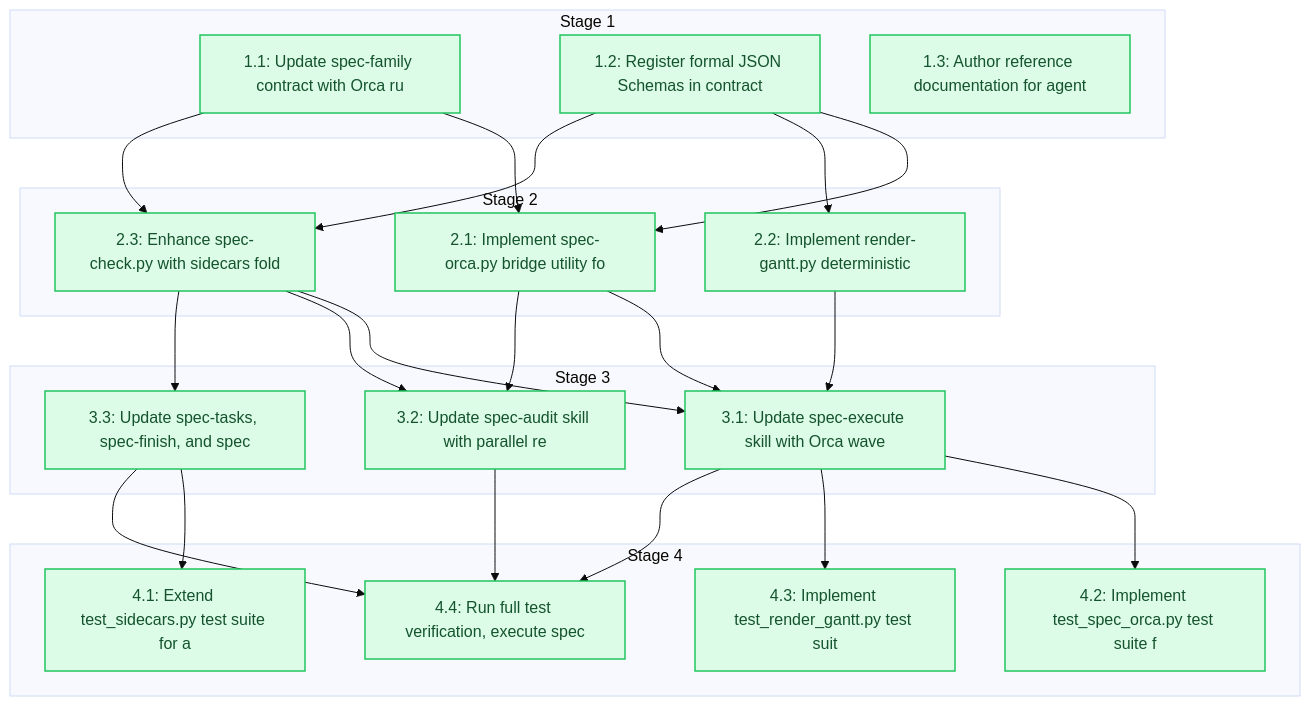
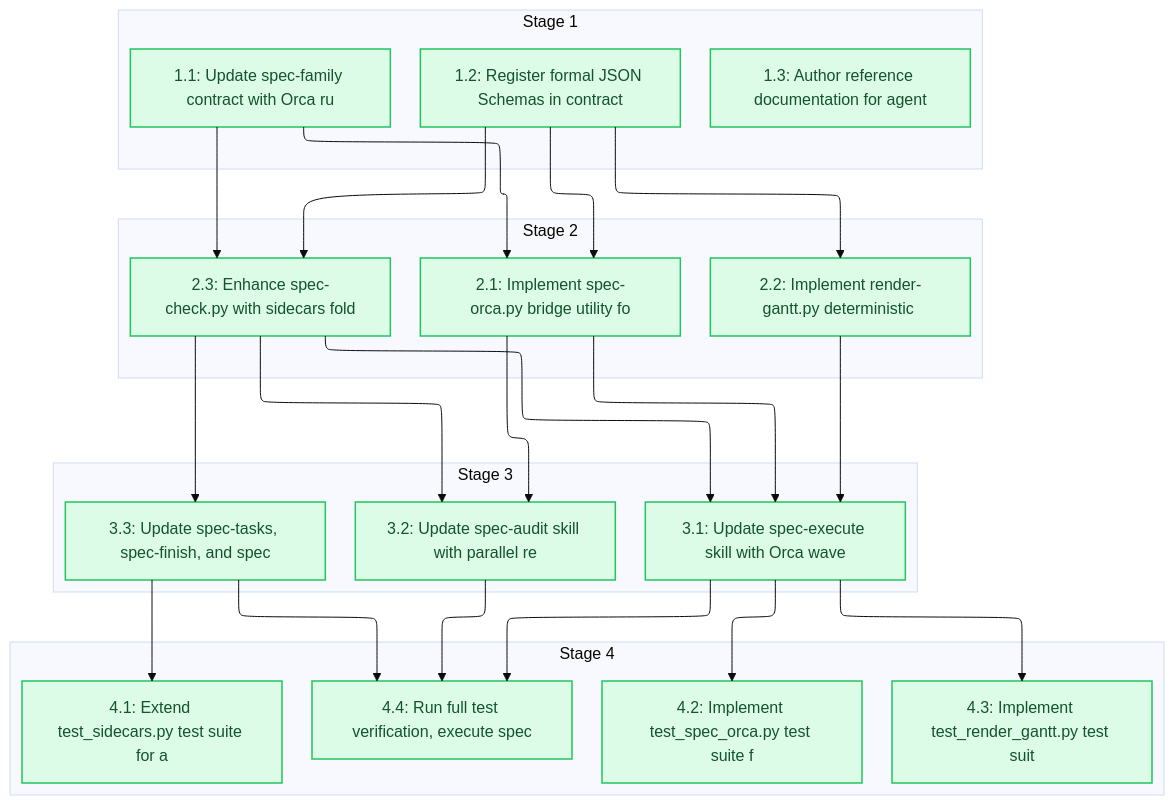
Before and after one commit to sohampatwardhan/spec-driven-development-skills: the diagram in .specs/orca-agent-orchestration/04_tasks.md, drawn with Mermaid (base theme). The commit also changed other lines of this file and 4 other files, not shown here.

Commit message:
feat(spec-driven): use ELK renderer for generated Mermaid flowcharts

````diff
--- a/.specs/orca-agent-orchestration/04_tasks.md
+++ b/.specs/orca-agent-orchestration/04_tasks.md
@@ -9,48 +9,56 @@
 ```mermaid
+%%{init: {'flowchart': {'defaultRenderer': 'elk'}}}%%
 flowchart TD
-    subgraph Stage_1["Stage 1"]
-        t_1_1["1.1: Update spec-family contract with Orca ru"]
-        t_1_2["1.2: Register formal JSON Schemas in contract"]
-        t_1_3["1.3: Author reference documentation for agent"]
-    end
-    subgraph Stage_2["Stage 2"]
-        t_2_1["2.1: Implement spec-orca.py bridge utility fo"]
-        t_2_2["2.2: Implement render-gantt.py deterministic "]
-        t_2_3["2.3: Enhance spec-check.py with sidecars fold"]
-    end
-    subgraph Stage_3["Stage 3"]
-        t_3_1["3.1: Update spec-execute skill with Orca wave"]
-        t_3_2["3.2: Update spec-audit skill with parallel re"]
-        t_3_3["3.3: Update spec-tasks, spec-finish, and spec"]
-    end
-    subgraph Stage_4["Stage 4"]
-        t_4_1["4.1: Extend test_sidecars.py test suite for a"]
-        t_4_2["4.2: Implement test_spec_orca.py test suite f"]
-        t_4_3["4.3: Implement test_render_gantt.py test suit"]
-        t_4_4["4.4: Run full test verification, execute spec"]
-    end
-    t_1_1 --> t_2_1
-    t_1_2 --> t_2_1
-    t_1_2 --> t_2_2
-    t_1_1 --> t_2_3
-    t_1_2 --> t_2_3
-    t_2_1 --> t_3_1
-    t_2_2 --> t_3_1
-    t_2_3 --> t_3_1
-    t_2_1 --> t_3_2
-    t_2_3 --> t_3_2
-    t_2_3 --> t_3_3
-    t_3_3 --> t_4_1
-    t_3_1 --> t_4_2
-    t_3_1 --> t_4_3
-    t_3_1 --> t_4_4
-    t_3_2 --> t_4_4
-    t_3_3 --> t_4_4
-
-    classDef pending fill:#f1f5f9,stroke:#94a3b8,stroke-width:1.5px,color:#334155;
-    classDef failed fill:#fee2e2,stroke:#ef4444,stroke-width:2px,color:#991b1b;
-    classDef in_progress fill:#fef3c7,stroke:#f59e0b,stroke-width:2px,color:#92400e;
-    classDef done fill:#dcfce7,stroke:#22c55e,stroke-width:1.5px,color:#14532d;
-
-    class t_1_1,t_1_2,t_1_3,t_2_1,t_2_2,t_2_3,t_3_1,t_3_2,t_3_3,t_4_1,t_4_2,t_4_3,t_4_4 done;
+  classDef done fill:#dcfce7,stroke:#22c55e,stroke-width:1.5px,color:#14532d
+  subgraph n_stage_1["Stage 1"]
+    n_1_1@{ shape: rect, label: "1.1: Update spec-family contract with Orca ru" }
+    n_1_2@{ shape: rect, label: "1.2: Register formal JSON Schemas in contract" }
+    n_1_3@{ shape: rect, label: "1.3: Author reference documentation for agent" }
+  end
+  subgraph n_stage_2["Stage 2"]
+    n_2_1@{ shape: rect, label: "2.1: Implement spec-orca.py bridge utility fo" }
+    n_2_2@{ shape: rect, label: "2.2: Implement render-gantt.py deterministic " }
+    n_2_3@{ shape: rect, label: "2.3: Enhance spec-check.py with sidecars fold" }
+  end
+  subgraph n_stage_3["Stage 3"]
+    n_3_1@{ shape: rect, label: "3.1: Update spec-execute skill with Orca wave" }
+    n_3_2@{ shape: rect, label: "3.2: Update spec-audit skill with parallel re" }
+    n_3_3@{ shape: rect, label: "3.3: Update spec-tasks, spec-finish, and spec" }
+  end
+  subgraph n_stage_4["Stage 4"]
+    n_4_1@{ shape: rect, label: "4.1: Extend test_sidecars.py test suite for a" }
+    n_4_2@{ shape: rect, label: "4.2: Implement test_spec_orca.py test suite f" }
+    n_4_3@{ shape: rect, label: "4.3: Implement test_render_gantt.py test suit" }
+    n_4_4@{ shape: rect, label: "4.4: Run full test verification, execute spec" }
+  end
+  n_1_1 --> n_2_1
+  n_1_2 --> n_2_1
+  n_1_2 --> n_2_2
+  n_1_1 --> n_2_3
+  n_1_2 --> n_2_3
+  n_2_1 --> n_3_1
+  n_2_2 --> n_3_1
+  n_2_3 --> n_3_1
+  n_2_1 --> n_3_2
+  n_2_3 --> n_3_2
+  n_2_3 --> n_3_3
+  n_3_3 --> n_4_1
+  n_3_1 --> n_4_2
+  n_3_1 --> n_4_3
+  n_3_1 --> n_4_4
+  n_3_2 --> n_4_4
+  n_3_3 --> n_4_4
+  class n_1_1 done
+  class n_1_2 done
+  class n_1_3 done
+  class n_2_1 done
+  class n_2_2 done
+  class n_2_3 done
+  class n_3_1 done
+  class n_3_2 done
+  class n_3_3 done
+  class n_4_1 done
+  class n_4_2 done
+  class n_4_3 done
+  class n_4_4 done
 ```
````
